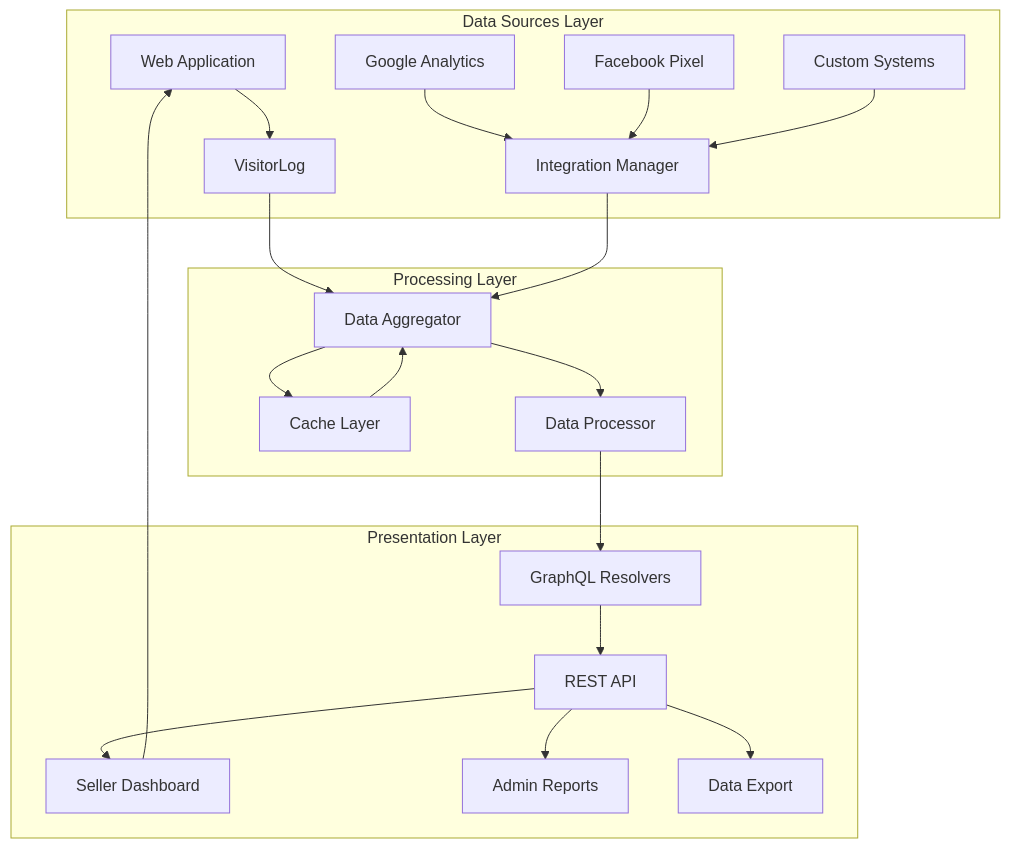
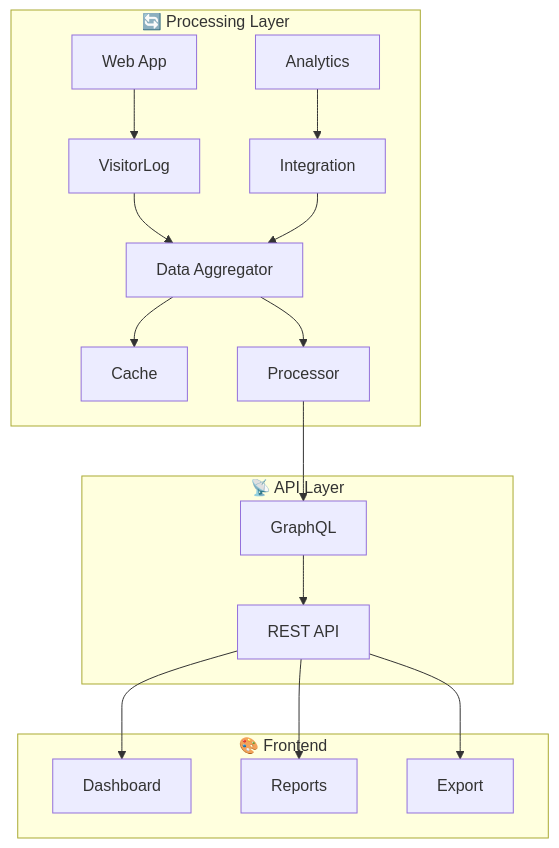
The second of 2 diagrams in README.md (Mark-Lasfar/Mark-Lasfar), drawn with Mermaid before and after one commit. The commit also changed other lines of this file and 1 other file, not shown here.

`````diff
--- a/README.md
+++ b/README.md
@@ -28,27 +86,22 @@
 ```mermaid
 graph TB
-    subgraph "Data Sources Layer"
-        A[Web Application] --> B[VisitorLog]
-        C[Google Analytics] --> D[Integration Manager]
-        E[Facebook Pixel] --> D
-        F[Custom Systems] --> D
+    subgraph "🔄 Processing Layer"
+        A[Web App] --> B[VisitorLog]
+        C[Analytics] --> D[Integration]
+        B --> G[Data Aggregator]
+        D --> G
+        G --> H[Cache]
+        G --> I[Processor]
     end
     
-    subgraph "Processing Layer"
-        B --> G[Data Aggregator]
-        D --> G
-        G --> H[Cache Layer]
-        G --> I[Data Processor]
+    subgraph "📡 API Layer"
+        I --> J[GraphQL]
+        J --> K[REST API]
     end
     
-    subgraph "Presentation Layer"
-        I --> J[GraphQL Resolvers]
-        J --> K[REST API]
-        K --> L[Seller Dashboard]
-        K --> M[Admin Reports]
-        K --> N[Data Export]
+    subgraph "🎨 Frontend"
+        K --> L[Dashboard]
+        K --> M[Reports]
+        K --> N[Export]
     end
-    
-    H --> G
-    L --> A
-````
+```
`````
